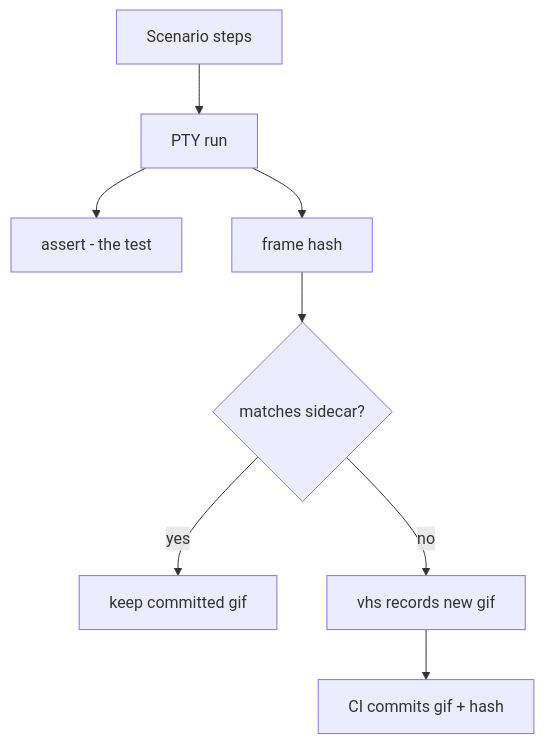
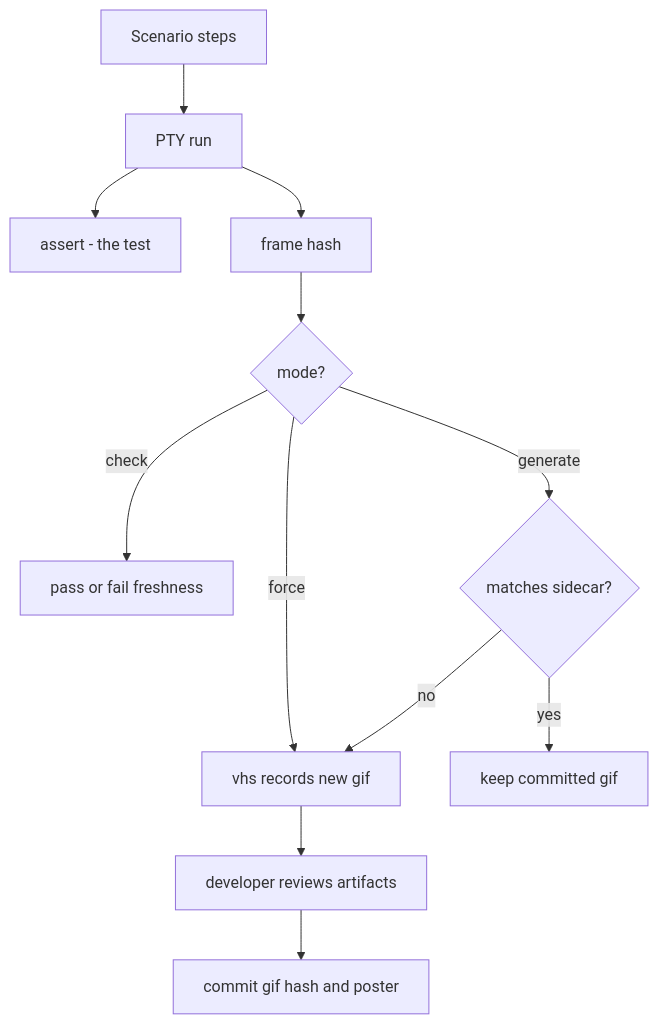
Before and after one commit to agentty-xyz/agentty: the diagram in crates/testty/docs/feature-gif-workflow.md, drawn with Mermaid. The commit also changed other lines of this file and 5 other files, not shown here.

````diff
--- a/crates/testty/docs/feature-gif-workflow.md
+++ b/crates/testty/docs/feature-gif-workflow.md
@@ -10,10 +11,14 @@
 ```mermaid
 graph TD
   S["Scenario steps"] --> PTY["PTY run"]
   PTY --> A["assert - the test"]
   PTY --> H["frame hash"]
-  H --> D{"matches sidecar?"}
+  H --> M{"mode?"}
+  M -->|check| G["pass or fail freshness"]
+  M -->|generate| D{"matches sidecar?"}
+  M -->|force| VHS
   D -->|yes| SKIP["keep committed gif"]
   D -->|no| VHS["vhs records new gif"]
-  VHS --> C["CI commits gif + hash"]
+  VHS --> R["developer reviews artifacts"]
+  R --> C["commit gif hash and poster"]
 ```
````
